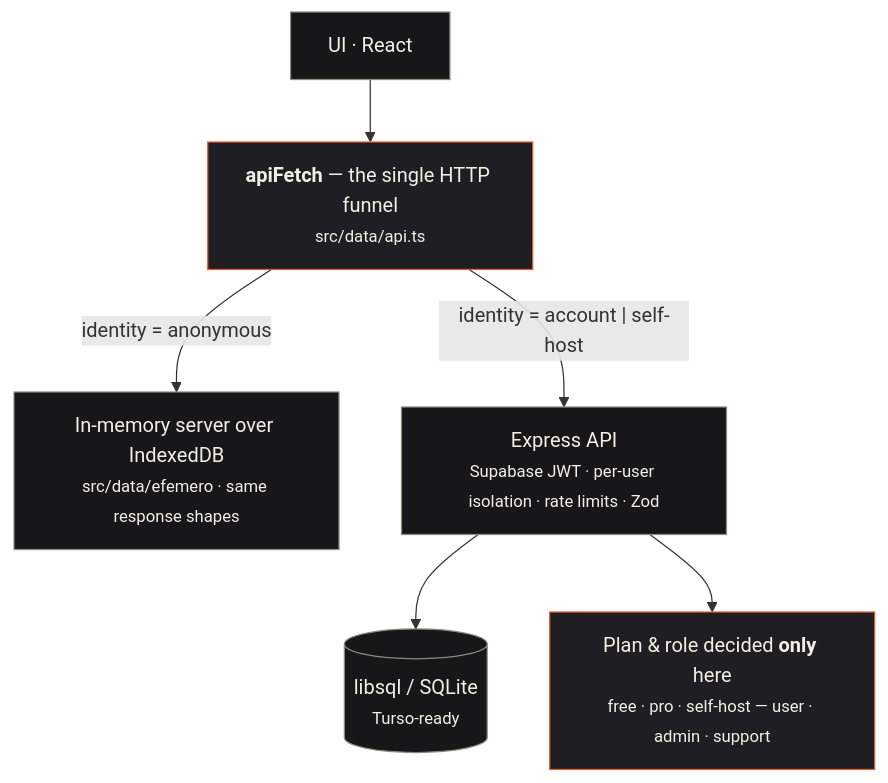
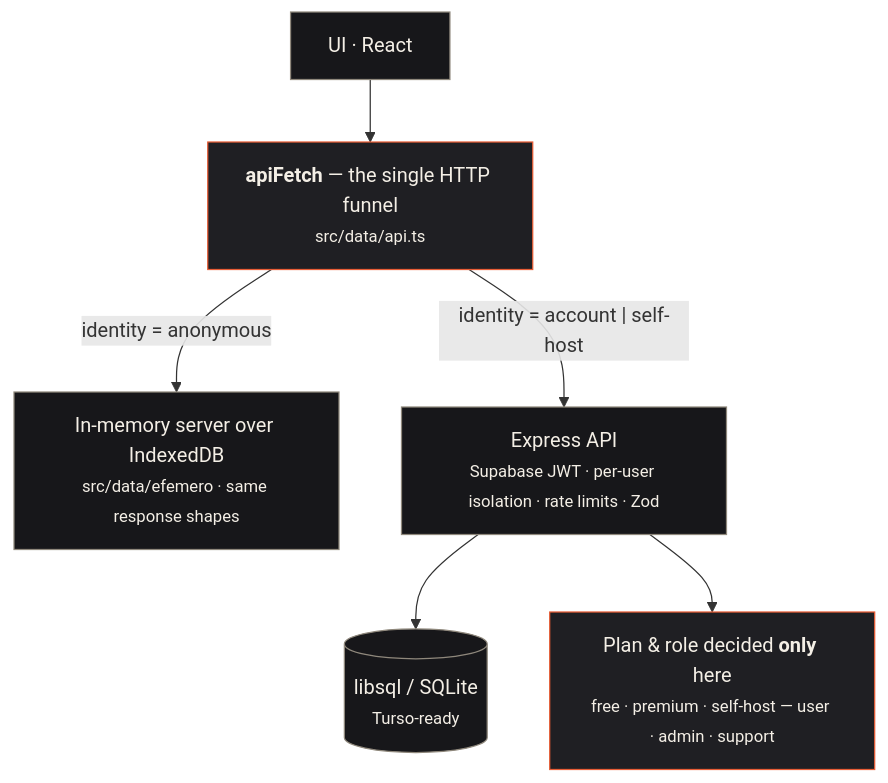
Before and after one commit to GuilhermeLVL/babel-play: the second of 2 diagrams in README.md, drawn with Mermaid. The commit also changed other lines of this file and 44 other files, not shown here.

````diff
--- a/README.md
+++ b/README.md
@@ -87,11 +87,11 @@
 ```mermaid
 flowchart TB
     classDef c fill:#17171a,stroke:#8f887c,color:#f4efe6
     classDef s fill:#1f1f23,stroke:#e85d36,color:#f4efe6
 
     UI["UI · React"]:::c --> F["<b>apiFetch</b> — the single HTTP funnel<br/><small>src/data/api.ts</small>"]:::s
     F -->|"identity = anonymous"| E["In-memory server over IndexedDB<br/><small>src/data/efemero · same response shapes</small>"]:::c
     F -->|"identity = account | self-host"| API["Express API<br/><small>Supabase JWT · per-user isolation · rate limits · Zod</small>"]:::c
     API --> DB[("libsql / SQLite<br/><small>Turso-ready</small>")]:::c
-    API --> PLAN["Plan &amp; role decided <b>only</b> here<br/><small>free · pro · self-host — user · admin · support</small>"]:::s
+    API --> PLAN["Plan &amp; role decided <b>only</b> here<br/><small>free · premium · self-host — user · admin · support</small>"]:::s
 ```
````
